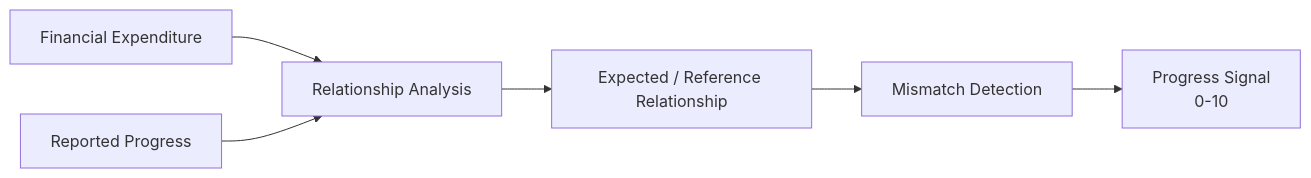
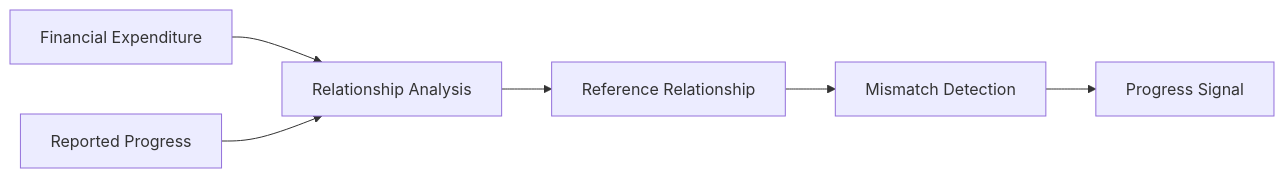
Before and after one commit to the-nidhi-bhat/mplads-sentinel: the seventh of 17 diagrams in README.md, drawn with Mermaid. The commit also changed other lines of this file, not shown here.

````diff
--- a/README.md
+++ b/README.md
@@ -264,8 +268,8 @@
 ```mermaid
 flowchart LR
     A["Financial Expenditure"] --> C["Relationship Analysis"]
     B["Reported Progress"] --> C
-    C --> D["Expected / Reference Relationship"]
+    C --> D["Reference Relationship"]
     D --> E["Mismatch Detection"]
-    E --> F["Progress Signal<br/>0-10"]
+    E --> F["Progress Signal"]
 ```
````
